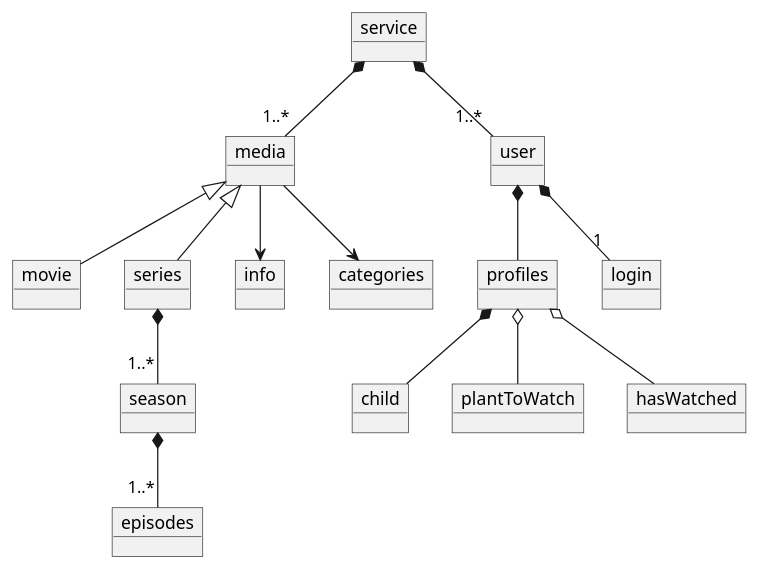
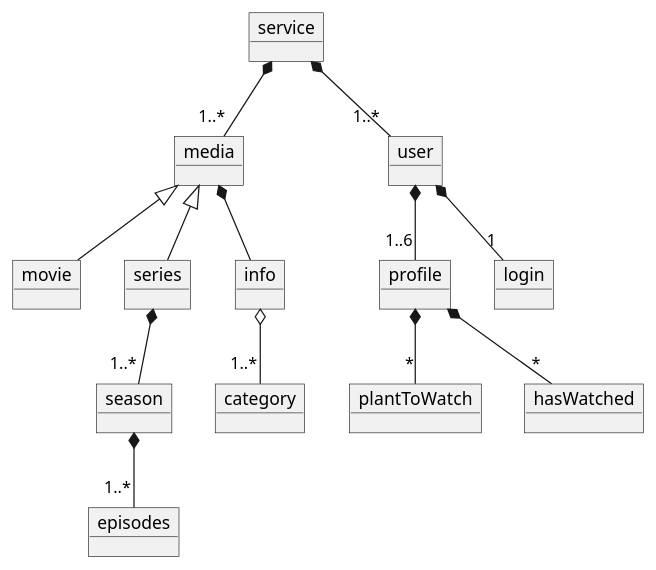
Before and after one commit to Andreas-dat/SP3-GruppeC: the diagram in doc/DomainModelVer2.puml, drawn with PlantUML.

Commit message:
domain version 2

```diff
--- a/doc/DomainModelVer2.puml
+++ b/doc/DomainModelVer2.puml
@@ -1,35 +1,35 @@
 @startuml
 'https://plantuml.com/sequence-diagram
 
 object service
 object media
 object user
-object profiles
+object profile
 object movie
 object series
 object season
 object episodes
 object login
-object child
+'object child
 object info
-object categories
+object category
 object plantToWatch
 object hasWatched
 
 service *-- "1..*" media
 service *-- "1..*" user
-user *-- profiles
+user *-- "1..6" profile
 user *-- "1" login
-profiles *-- child
-profiles o-- plantToWatch
-profiles o-- hasWatched
+'profiles *-- child
+profile *-- "*" plantToWatch
+profile *-- "*" hasWatched
 
-media --> categories
+info o-- "1..*" category
 media <|-- movie
 media <|-- series
-media --> info
+media *-- info
 series *-- "1..*" season
 season *-- "1..*" episodes
 
 
 @enduml
```
